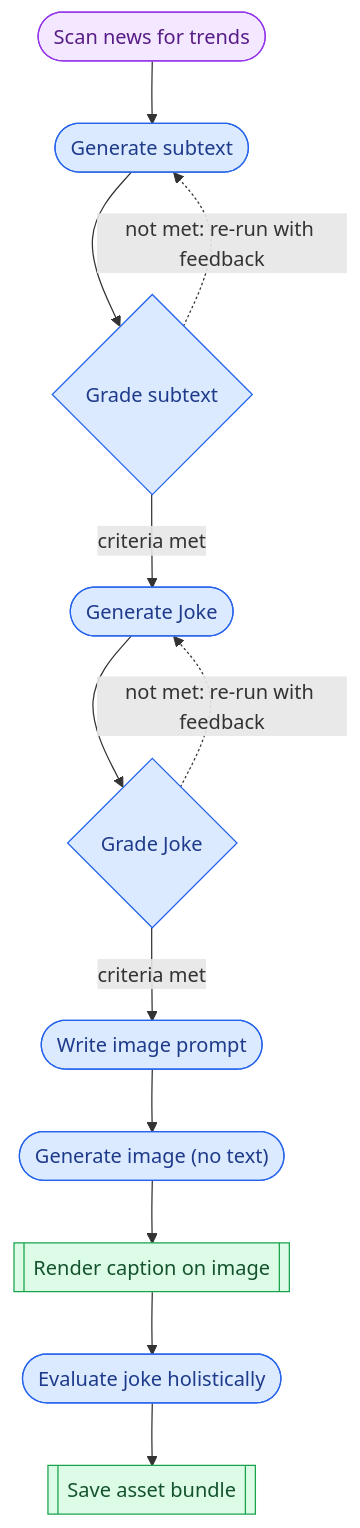
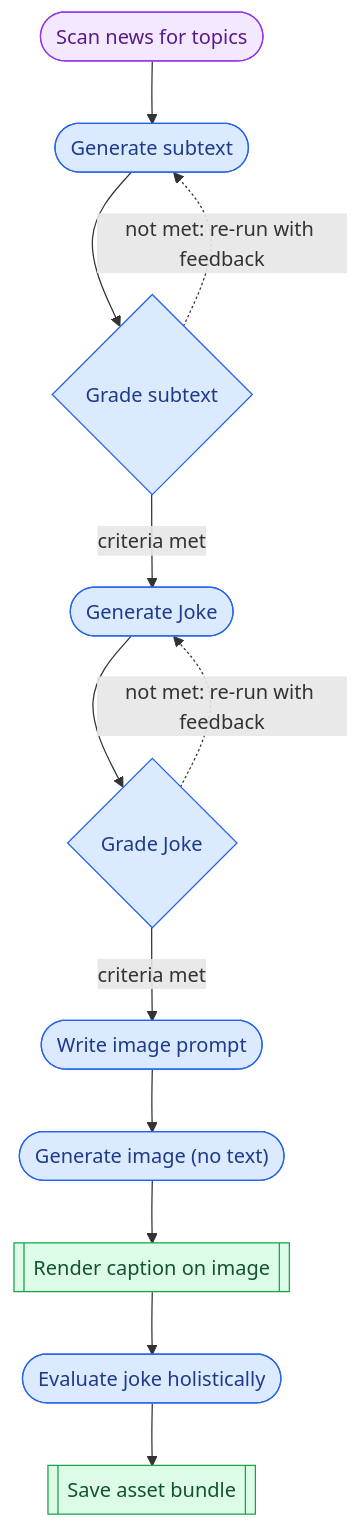
One commit to hankehly/comedy-factory changed the diagram in README.md. Above: the diagram before and after it, drawn with Mermaid.

Commit message:
Rename step

````diff
--- a/README.md
+++ b/README.md
@@ -5,25 +5,25 @@
 ```mermaid
 flowchart TD
     classDef agent fill:#f3e8ff,stroke:#9333ea,color:#581c87
     classDef llm fill:#dbeafe,stroke:#2563eb,color:#1e3a8a
     classDef system fill:#dcfce7,stroke:#16a34a,color:#14532d
 
-    s1(["Scan news for trends"]):::agent
+    s1(["Scan news for topics"]):::agent
     s2(["Generate subtext"]):::llm
     s3{"Grade subtext"}:::llm
     s4(["Generate Joke"]):::llm
     s5{"Grade Joke"}:::llm
     s6(["Write image prompt"]):::llm
     s7(["Generate image (no text)"]):::llm
     s8[["Render caption on image"]]:::system
     s9(["Evaluate joke holistically"]):::llm
     s10[["Save asset bundle"]]:::system
 
     s1 --> s2 --> s3
     s3 -- criteria met --> s4
     s3 -. "not met: re-run with feedback" .-> s2
     s4 --> s5
     s5 -- criteria met --> s6
     s5 -. "not met: re-run with feedback" .-> s4
     s6 --> s7 --> s8 --> s9 --> s10
 ```
````
